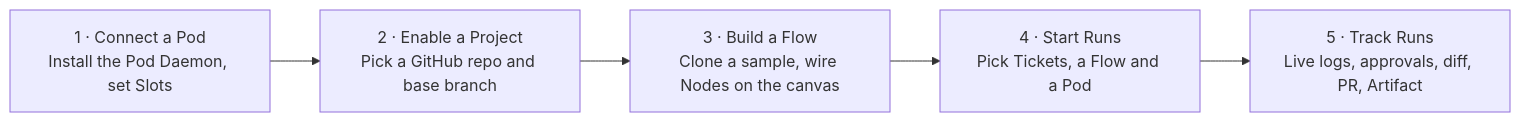
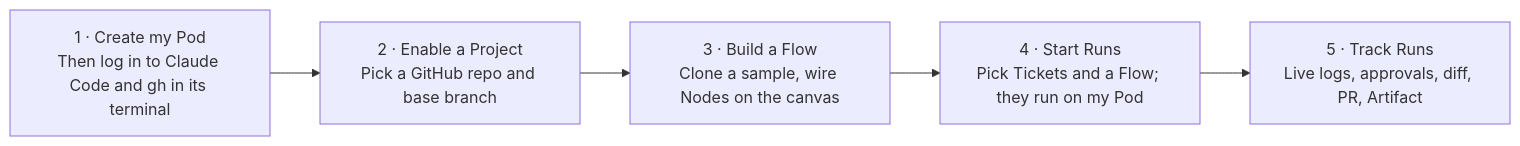
One commit to toinguyen-agilityio/clauderon changed the first of 3 diagrams in docs/requirements/final/v1-requirements.md. Above: the diagram before and after it, drawn with Mermaid. The commit also changed other lines of this file and 8 other files, not shown here.

````diff
--- a/docs/requirements/final/v1-requirements.md
+++ b/docs/requirements/final/v1-requirements.md
@@ -21,7 +20,7 @@
 ```mermaid
 flowchart LR
-  A["1 · Connect a Pod<br/>Install the Pod Daemon, set Slots"] --> B["2 · Enable a Project<br/>Pick a GitHub repo and base branch"]
+  A["1 · Create my Pod<br/>Then log in to Claude Code and gh in its terminal"] --> B["2 · Enable a Project<br/>Pick a GitHub repo and base branch"]
   B --> C["3 · Build a Flow<br/>Clone a sample, wire Nodes on the canvas"]
-  C --> D["4 · Start Runs<br/>Pick Tickets, a Flow and a Pod"]
+  C --> D["4 · Start Runs<br/>Pick Tickets and a Flow; they run on my Pod"]
   D --> E["5 · Track Runs<br/>Live logs, approvals, diff, PR, Artifact"]
 ```
````
